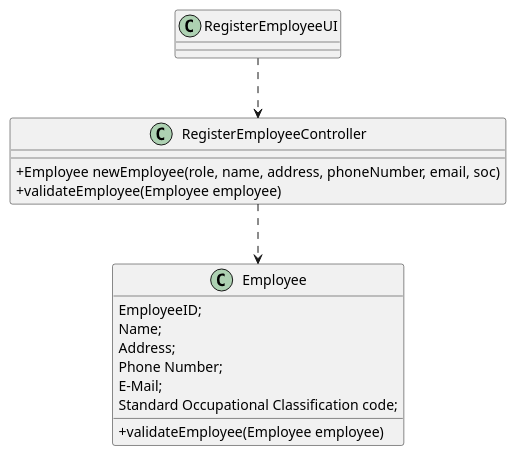
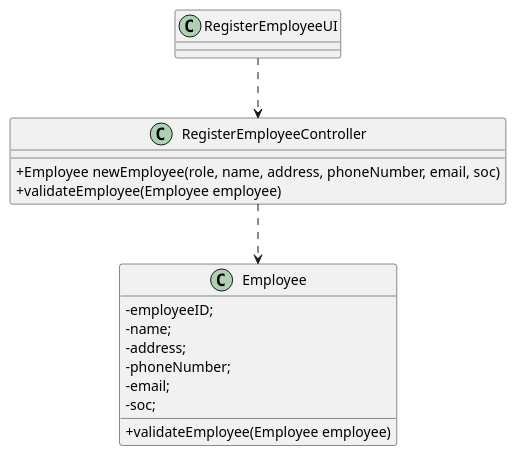
Before and after one commit to GuilhermeCunha79/lapr2: the diagram in docs/SprintB/UC7/UC7_CD.puml, drawn with PlantUML. The commit also changed 11 other files, not shown here.

Commit message:
Update of the diagrams (SSD,MD,SD) [US-07] [Requirements Engineering]

```diff
--- a/docs/SprintB/UC7/UC7_CD.puml
+++ b/docs/SprintB/UC7/UC7_CD.puml
@@ -1,27 +1,27 @@
 @startuml
 skinparam classAttributeIconSize 0
 
 class RegisterEmployeeUI
 {
 }
 
 class RegisterEmployeeController
 {
     +Employee newEmployee(role, name, address, phoneNumber, email, soc)
     +validateEmployee(Employee employee)
 }
 
 class Employee
 {
-	EmployeeID;
-	Name;
-	Address;
-	Phone Number;
-	E-Mail;
-	Standard Occupational Classification code;
+	-employeeID;
+	-name;
+	-address;
+	-phoneNumber;
+	-email;
+	-soc;
     +validateEmployee(Employee employee)
 }
 
 RegisterEmployeeUI ..> RegisterEmployeeController
 RegisterEmployeeController ..> Employee
 @enduml
```
